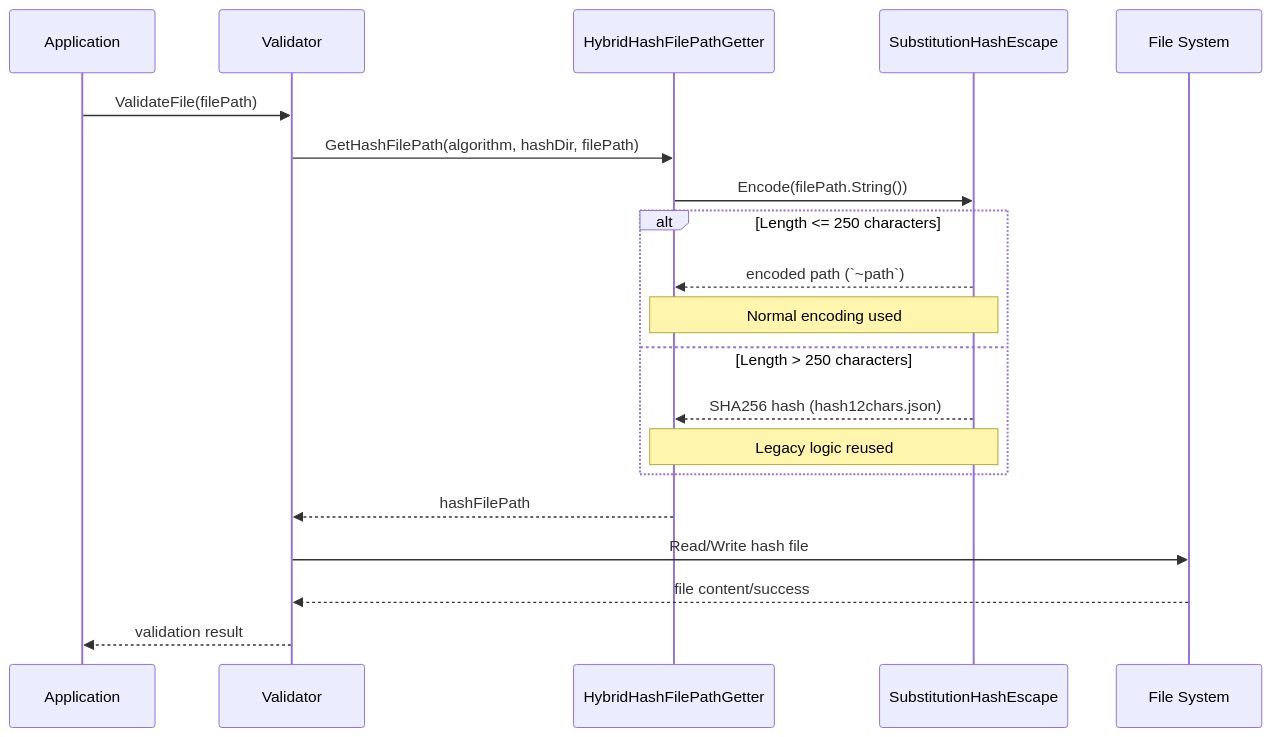
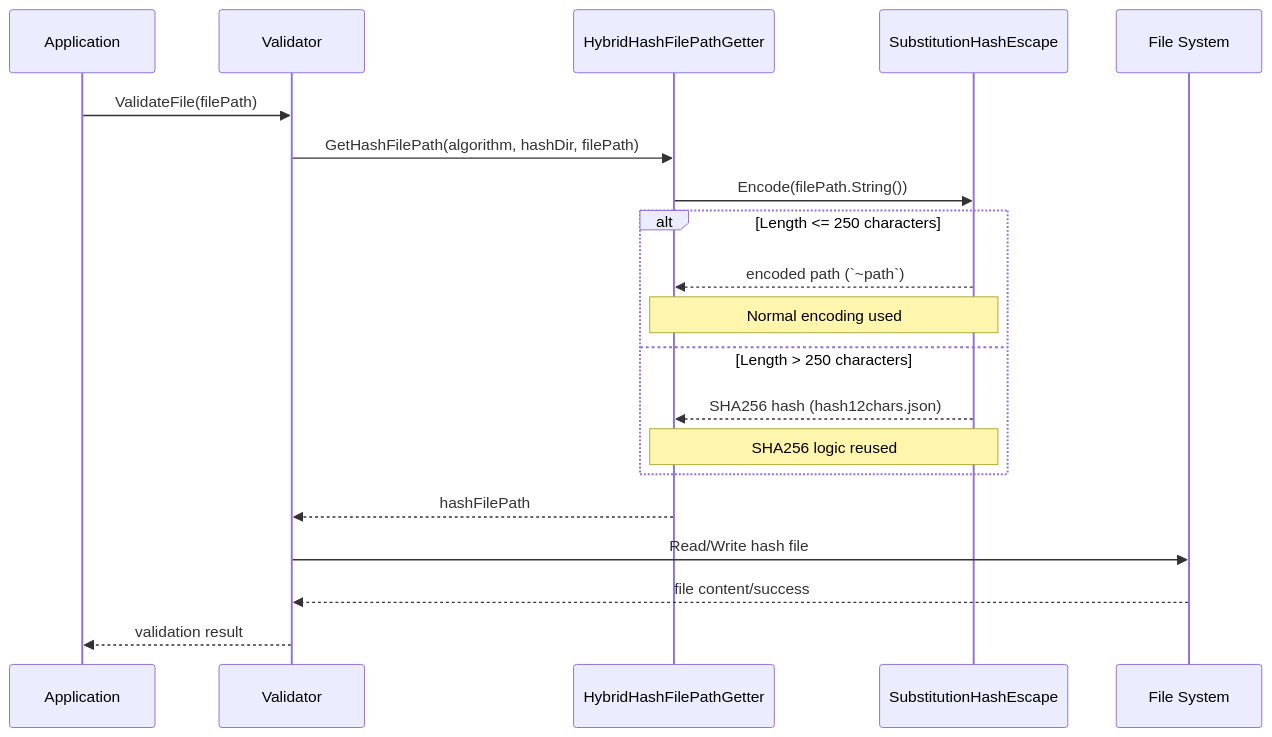
One commit to isseis/go-safe-cmd-runner changed the second of 5 diagrams in docs/tasks/0023_hybrid_hash_filename_encoding/02_architecture.md. Above: the diagram before and after it, drawn with Mermaid. The commit also changed other lines of this file and 3 other files, not shown here.

````diff
--- a/docs/tasks/0023_hybrid_hash_filename_encoding/02_architecture.md
+++ b/docs/tasks/0023_hybrid_hash_filename_encoding/02_architecture.md
@@ -85,25 +84,25 @@
 ```mermaid
 sequenceDiagram
     participant App as Application
     participant Val as Validator
     participant Hybrid as HybridHashFilePathGetter
     participant Enc as SubstitutionHashEscape
     participant FS as File System
 
     App->>Val: ValidateFile(filePath)
     Val->>Hybrid: GetHashFilePath(algorithm, hashDir, filePath)
     Hybrid->>Enc: Encode(filePath.String())
 
     alt Length <= 250 characters
         Enc-->>Hybrid: encoded path (`~path`)
         Note over Enc,Hybrid: Normal encoding used
     else Length > 250 characters
         Enc-->>Hybrid: SHA256 hash (hash12chars.json)
-        Note over Enc,Hybrid: Legacy logic reused
+        Note over Enc,Hybrid: SHA256 logic reused
     end
 
     Hybrid-->>Val: hashFilePath
     Val->>FS: Read/Write hash file
     FS-->>Val: file content/success
     Val-->>App: validation result
 ```
````
